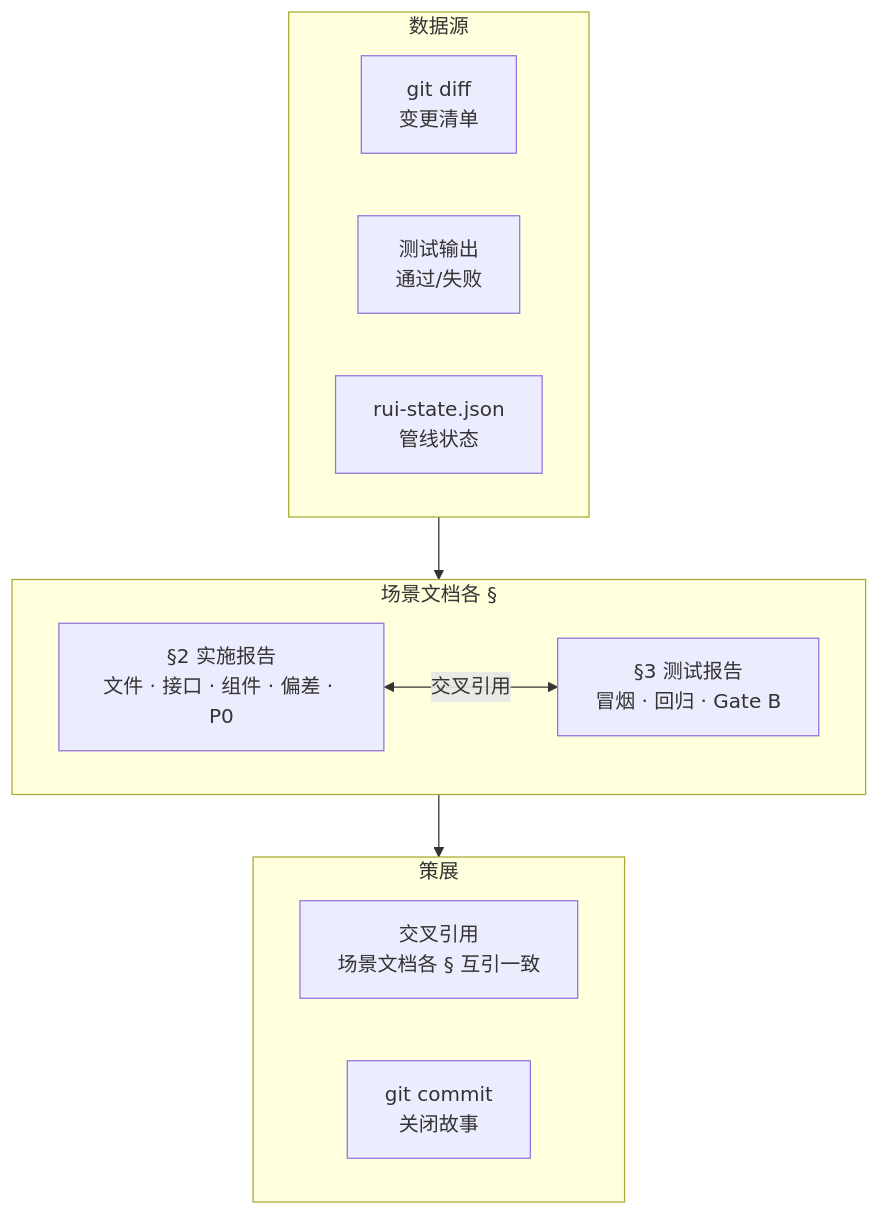
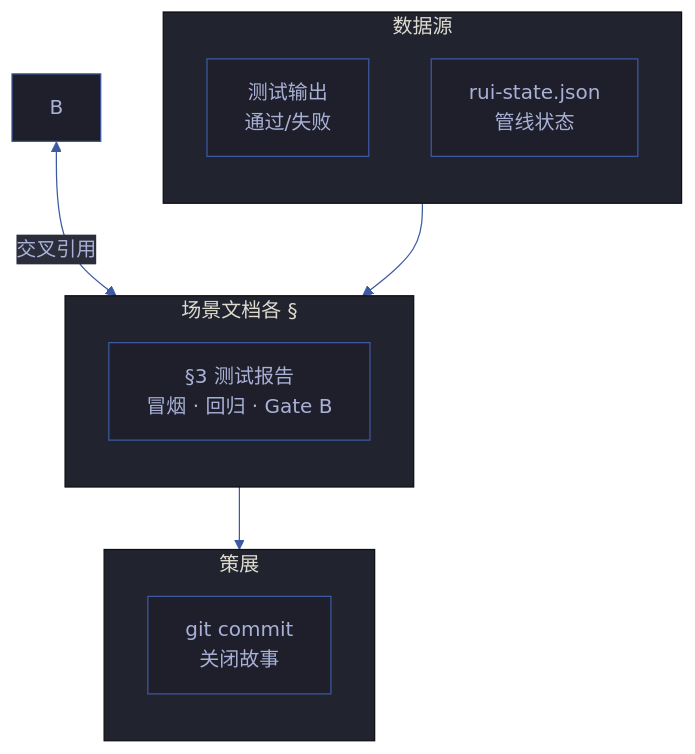
The first of 6 diagrams in agents/reporter.md (effiy/YrY), drawn with Mermaid before and after one commit. The commit also changed other lines of this file and 42 other files, not shown here.

First line of the commit message:
feat: apply Mermaid authoring rules (M1-M12) across entire codebase

````diff
--- a/agents/reporter.md
+++ b/agents/reporter.md
@@ -15,23 +15,32 @@
 ```mermaid
+%%{init: {'theme': 'base', 'themeVariables': {
+  'primaryColor': '#1e1f2b',
+  'primaryTextColor': '#a9b1d6',
+  'primaryBorderColor': '#3d59a1',
+  'lineColor': '#3d59a1',
+  'secondaryColor': '#2b2d3b',
+  'tertiaryColor': '#21232f'
+}}}%%
 flowchart TB
     subgraph 输入["数据源"]
-        DIFF["git diff<br/>变更清单"]:::src
+        direction TB
         LOG["测试输出<br/>通过/失败"]:::src
         STATE["rui-state.json<br/>管线状态"]:::src
     end
 
     subgraph 产出["场景文档各 §"]
-        B["§2 实施报告<br/>文件 · 接口 · 组件 · 偏差 · P0"]:::rpt
+        direction TB
         T["§3 测试报告<br/>冒烟 · 回归 · Gate B"]:::rpt
     end
 
     subgraph 策展["策展"]
-        CC["交叉引用<br/>场景文档各 § 互引一致"]:::curate
+        direction TB
         CM["git commit<br/>关闭故事"]:::curate
     end
 
     输入 --> 产出
     B <-->|交叉引用| T
     产出 --> 策展
 
+
 ```
````
